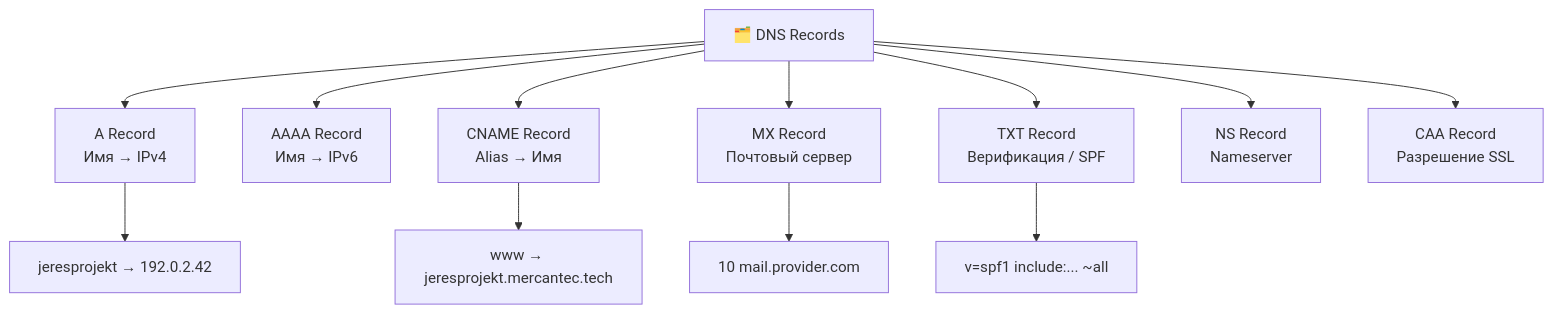
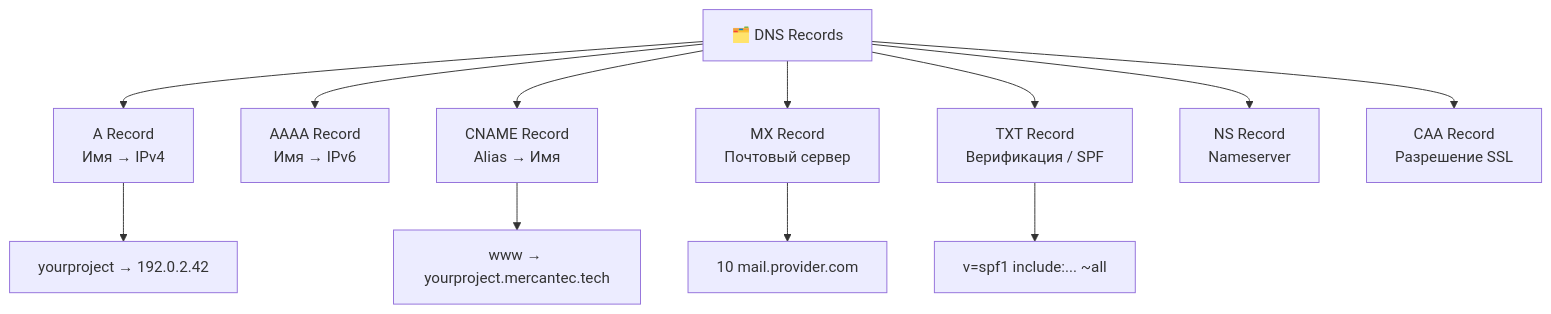
Before and after one commit to Mercantec-GHC/deploy-or-die-anbo0005: the fifth of 17 diagrams in docs/notes/day2-dns-firewall.md, drawn with Mermaid. The commit also changed other lines of this file and 8 other files, not shown here.

````diff
--- a/docs/notes/day2-dns-firewall.md
+++ b/docs/notes/day2-dns-firewall.md
@@ -265,14 +265,14 @@
 ```mermaid
 graph TD
     DNS["🗂️ DNS Records"] --> A_rec["A Record<br>Имя → IPv4"]
     DNS --> AAAA["AAAA Record<br>Имя → IPv6"]
     DNS --> CNAME["CNAME Record<br>Alias → Имя"]
     DNS --> MX["MX Record<br>Почтовый сервер"]
     DNS --> TXT["TXT Record<br>Верификация / SPF"]
     DNS --> NS["NS Record<br>Nameserver"]
     DNS --> CAA["CAA Record<br>Разрешение SSL"]
-    A_rec --> ex1["jeresprojekt → 192.0.2.42"]
-    CNAME --> ex2["www → jeresprojekt.mercantec.tech"]
+    A_rec --> ex1["yourproject → 192.0.2.42"]
+    CNAME --> ex2["www → yourproject.mercantec.tech"]
     MX --> ex3["10 mail.provider.com"]
     TXT --> ex4["v=spf1 include:... ~all"]
 ```
````
